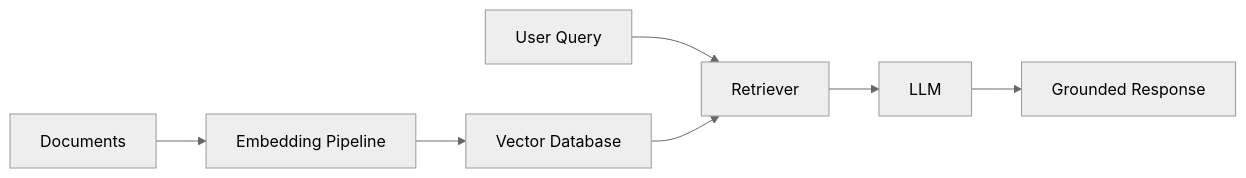
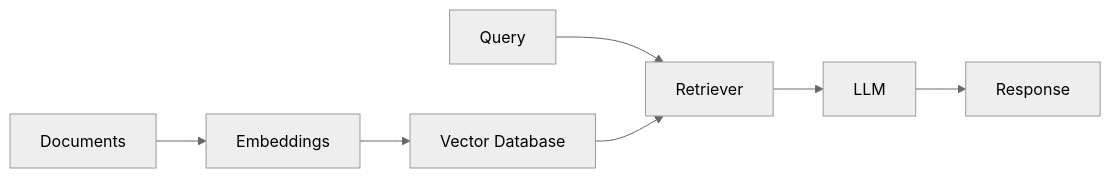
One commit to heeraOp/heeraOp changed the sixth of 6 diagrams in README.md. Above: the diagram before and after it, drawn with Mermaid (neutral theme). The commit also changed other lines of this file, not shown here.

````diff
--- a/README.md
+++ b/README.md
@@ -118,9 +163,9 @@
 ```mermaid
 flowchart LR
-    A[Documents] --> B[Embedding Pipeline]
+    A[Documents] --> B[Embeddings]
     B --> C[Vector Database]
-    D[User Query] --> E[Retriever]
+    D[Query] --> E[Retriever]
     C --> E
     E --> F[LLM]
-    F --> G[Grounded Response]
+    F --> G[Response]
 ```
````
